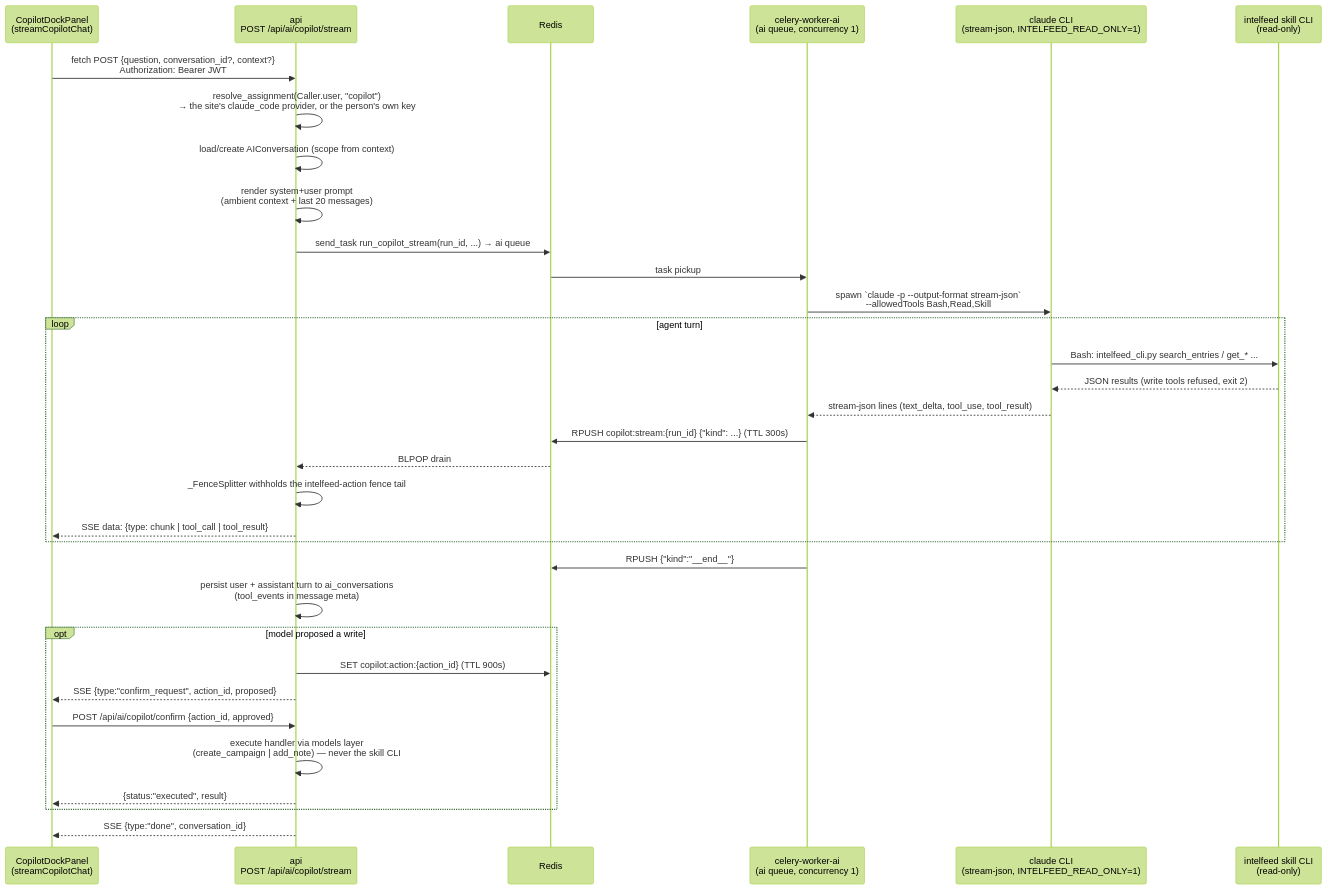
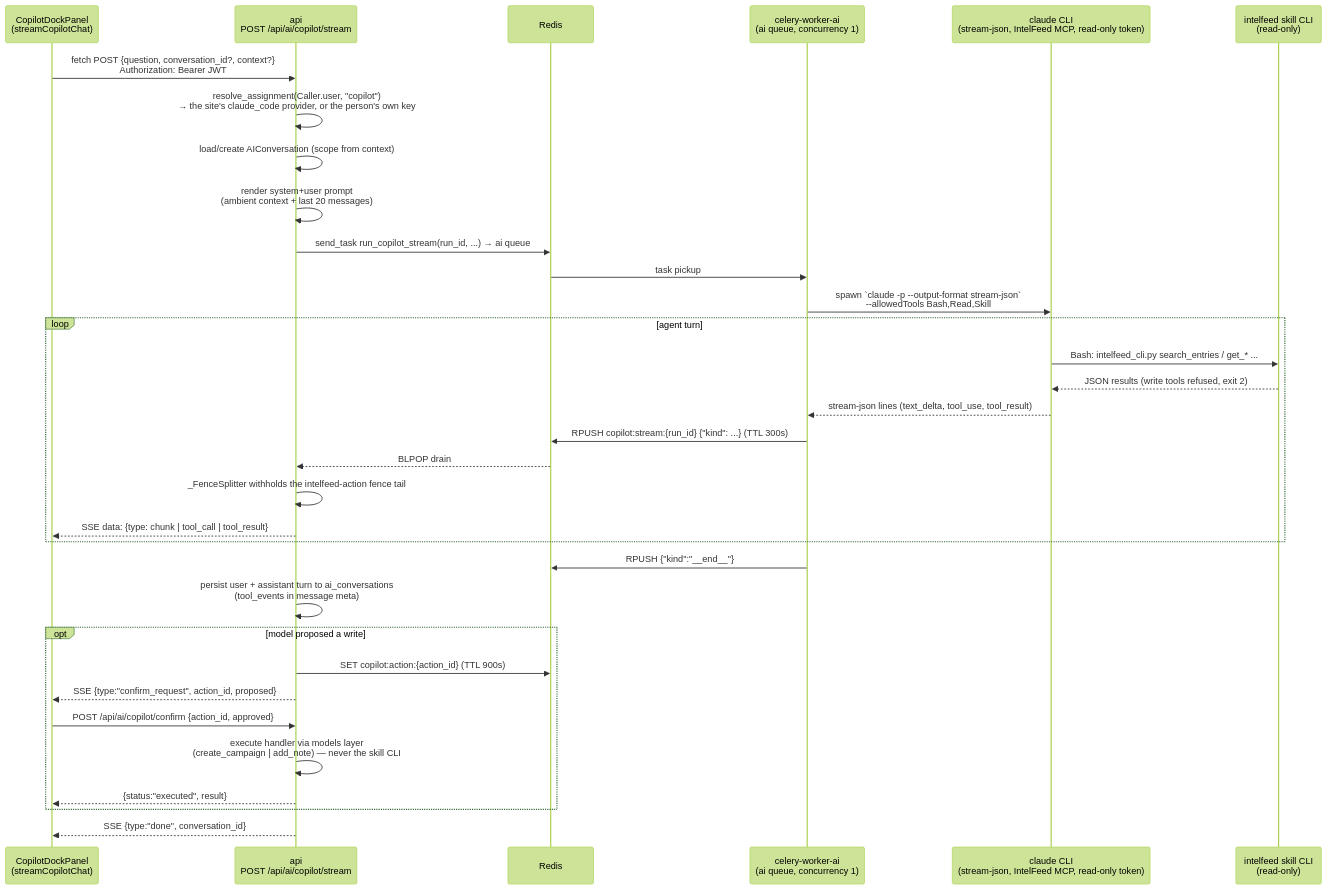
Before and after one commit to a-oneil/IntelFeed: the diagram in docs/diagrams/copilot-stream-flow.md, drawn with Mermaid (forest theme). The commit also changed 90 other files, not shown here.

````diff
--- a/docs/diagrams/copilot-stream-flow.md
+++ b/docs/diagrams/copilot-stream-flow.md
@@ -5,36 +5,36 @@
 ```mermaid
 sequenceDiagram
     participant UI as CopilotDockPanel<br/>(streamCopilotChat)
     participant API as api<br/>POST /api/ai/copilot/stream
     participant Q as Redis
     participant W as celery-worker-ai<br/>(ai queue, concurrency 1)
-    participant CLI as claude CLI<br/>(stream-json, INTELFEED_READ_ONLY=1)
+    participant CLI as claude CLI<br/>(stream-json, IntelFeed MCP, read-only token)
     participant SK as intelfeed skill CLI<br/>(read-only)
 
     UI->>API: fetch POST {question, conversation_id?, context?}<br/>Authorization: Bearer JWT
     API->>API: resolve_assignment(Caller.user, "copilot")<br/>→ the site's claude_code provider, or the person's own key
     API->>API: load/create AIConversation (scope from context)
     API->>API: render system+user prompt<br/>(ambient context + last 20 messages)
     API->>Q: send_task run_copilot_stream(run_id, ...) → ai queue
     Q->>W: task pickup
     W->>CLI: spawn `claude -p --output-format stream-json`<br/>--allowedTools Bash,Read,Skill
     loop agent turn
         CLI->>SK: Bash: intelfeed_cli.py search_entries / get_* ...
         SK-->>CLI: JSON results (write tools refused, exit 2)
         CLI-->>W: stream-json lines (text_delta, tool_use, tool_result)
         W->>Q: RPUSH copilot:stream:{run_id} {"kind": ...} (TTL 300s)
         Q-->>API: BLPOP drain
         API->>API: _FenceSplitter withholds the intelfeed-action fence tail
         API-->>UI: SSE data: {type: chunk | tool_call | tool_result}
     end
     W->>Q: RPUSH {"kind":"__end__"}
     API->>API: persist user + assistant turn to ai_conversations<br/>(tool_events in message meta)
     opt model proposed a write
         API->>Q: SET copilot:action:{action_id} (TTL 900s)
         API-->>UI: SSE {type:"confirm_request", action_id, proposed}
         UI->>API: POST /api/ai/copilot/confirm {action_id, approved}
         API->>API: execute handler via models layer<br/>(create_campaign | add_note) — never the skill CLI
         API-->>UI: {status:"executed", result}
     end
     API-->>UI: SSE {type:"done", conversation_id}
 ```
````
